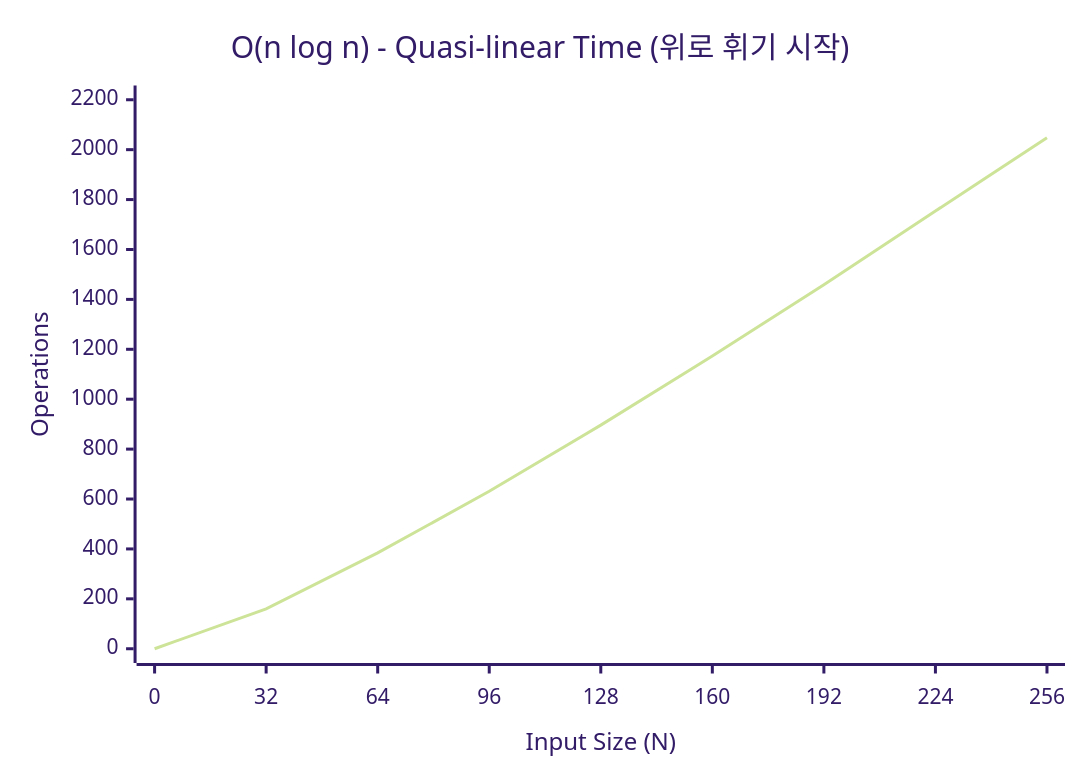
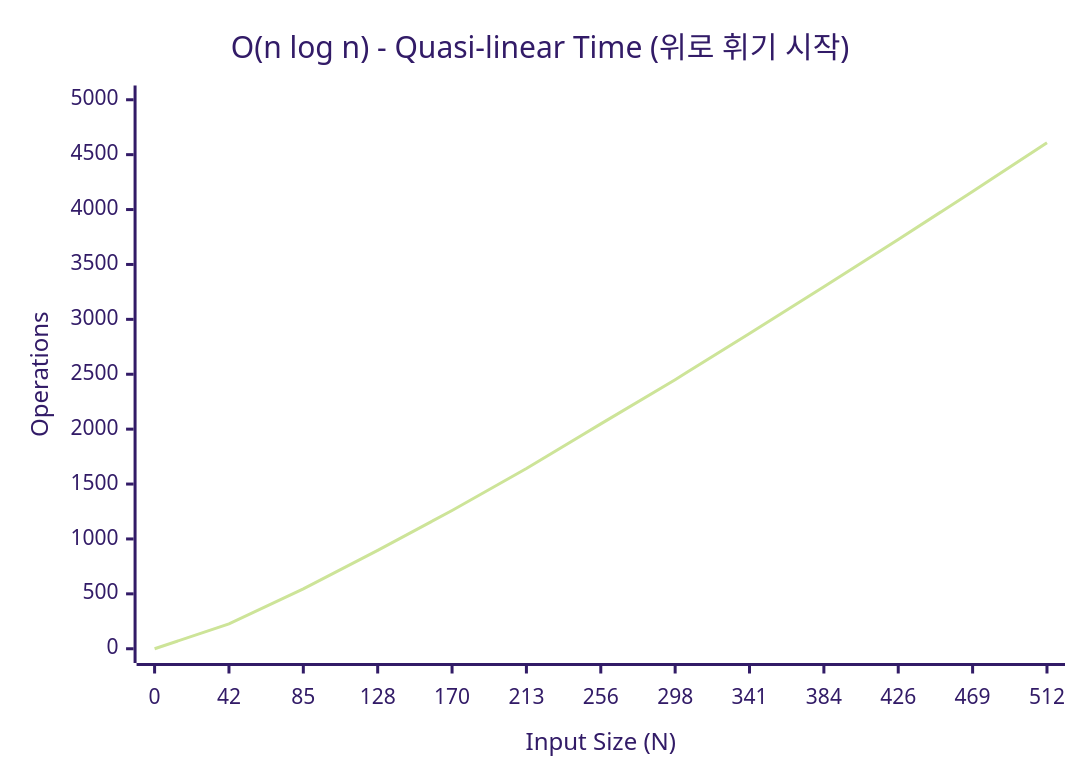
The fourth of 6 diagrams in 01_inbox/algorithm/algo-complexity-and-big-o.md (youngmin-gwon/what-i-studied), drawn with Mermaid (forest theme) before and after one commit. The commit also changed other lines of this file, not shown here.

````diff
--- a/01_inbox/algorithm/algo-complexity-and-big-o.md
+++ b/01_inbox/algorithm/algo-complexity-and-big-o.md
@@ -94,7 +94,7 @@
 ```mermaid
 xychart-beta
     title "O(n log n) - Quasi-linear Time (위로 휘기 시작)"
-    x-axis "Input Size (N)" [0, 32, 64, 96, 128, 160, 192, 224, 256]
-    y-axis "Operations" 0 --> 2200
-    line "O(n log n)" [0, 160, 384, 631, 896, 1173, 1459, 1754, 2048]
+    x-axis "Input Size (N)" [0, 42, 85, 128, 170, 213, 256, 298, 341, 384, 426, 469, 512]
+    y-axis "Operations" 0 --> 5000
+    line "O(n log n)" [0, 227, 546, 896, 1259, 1641, 2048, 2450, 2872, 3296, 3727, 4165, 4608]
 ```
````
